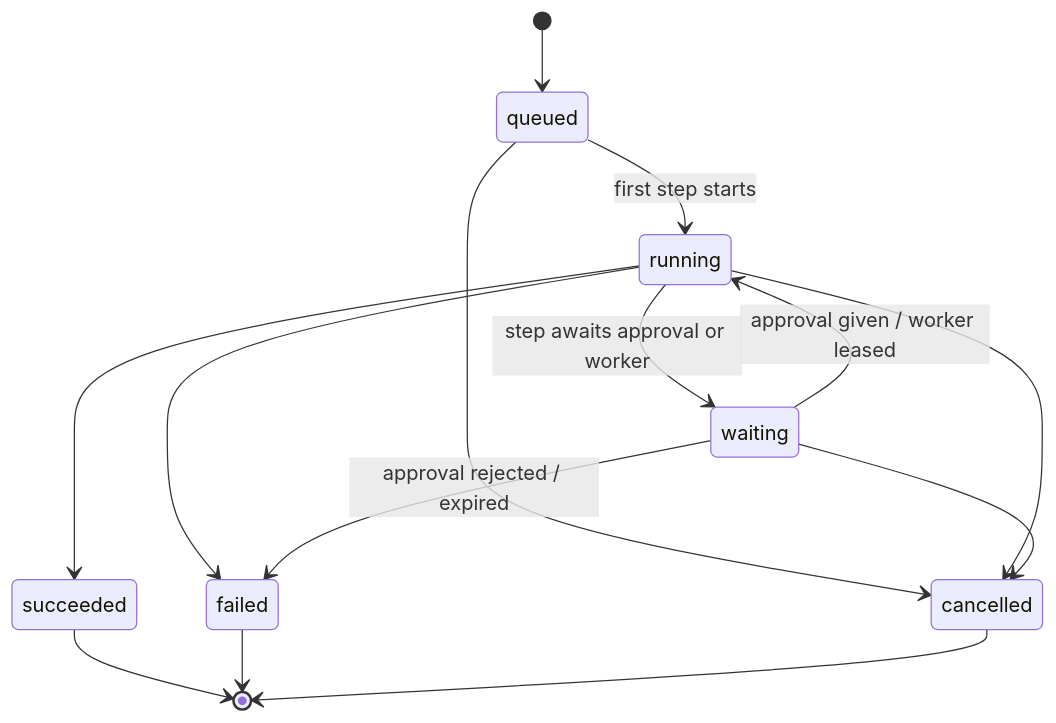
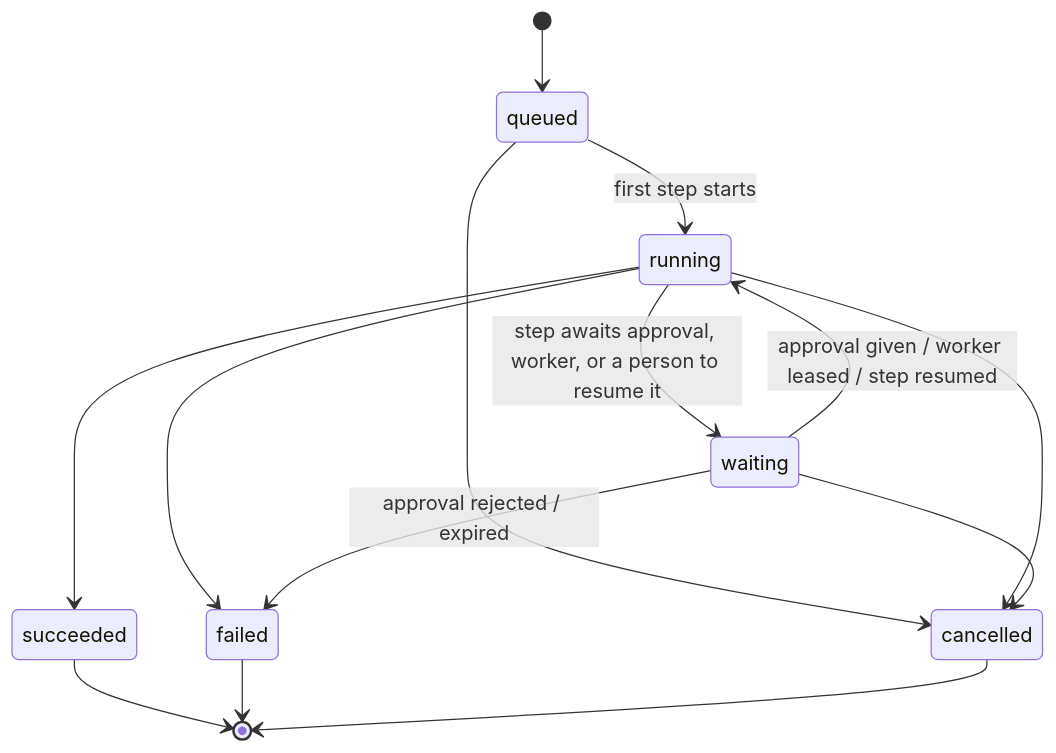
Before and after one commit to rluders/amaru: the second of 3 diagrams in docs/architecture/DOMAIN_MODEL.md, drawn with Mermaid. The commit also changed other lines of this file and 9 other files, not shown here.

````diff
--- a/docs/architecture/DOMAIN_MODEL.md
+++ b/docs/architecture/DOMAIN_MODEL.md
@@ -92,16 +92,16 @@
 ```mermaid
 stateDiagram-v2
     [*] --> queued
     queued --> running : first step starts
-    running --> waiting : step awaits approval or worker
-    waiting --> running : approval given / worker leased
+    running --> waiting : step awaits approval, worker, or a person to resume it
+    waiting --> running : approval given / worker leased / step resumed
     running --> succeeded
     running --> failed
     waiting --> failed : approval rejected / expired
     queued --> cancelled
     running --> cancelled
     waiting --> cancelled
     succeeded --> [*]
     failed --> [*]
     cancelled --> [*]
 ```
````
